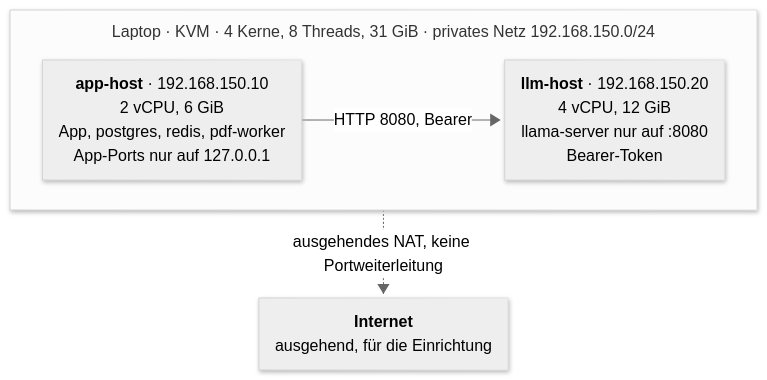
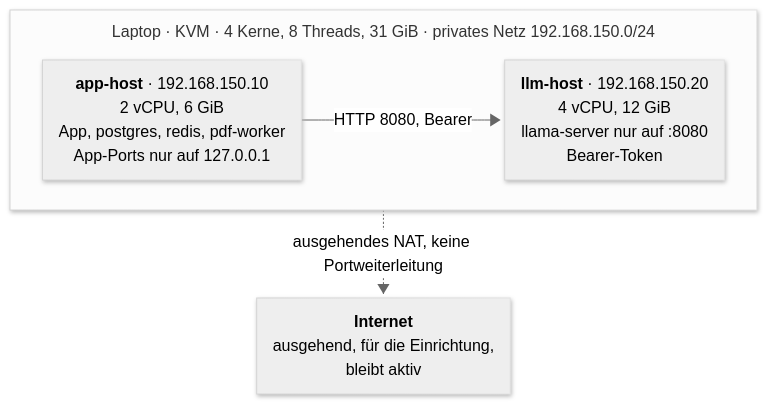
Before and after one commit to NiklasSkulll/arsnova.eu: the diagram in docs/referat-thema-1/diagrams/1b-topologie.mmd, drawn with Mermaid (neutral theme). The commit also changed 6 other files, not shown here.

```diff
--- a/docs/referat-thema-1/diagrams/1b-topologie.mmd
+++ b/docs/referat-thema-1/diagrams/1b-topologie.mmd
@@ -1,37 +1,37 @@
 ---
 config:
   look: neo
   flowchart:
     curve: basis
     nodeSpacing: 40
     rankSpacing: 40
     padding: 10
     wrappingWidth: 320
     subGraphTitleMargin:
       top: 10
       bottom: 10
 ---
 flowchart TB
   subgraph LAP["Laptop · KVM · 4 Kerne, 8 Threads, 31 GiB · privates Netz 192.168.150.0/24"]
     app["`**app-host** · 192.168.150.10
     2 vCPU, 6 GiB
     App, postgres, redis, pdf-worker
     App-Ports nur auf 127.0.0.1`"]
     llm["`**llm-host** · 192.168.150.20
     4 vCPU, 12 GiB
     llama-server nur auf :8080
     Bearer-Token`"]
   end
   net["`**Internet**
-  ausgehend, für die Einrichtung`"]
+  ausgehend, für die Einrichtung,<br/>bleibt aktiv`"]
 
   app e1@-->|"HTTP 8080, Bearer"| llm
   LAP e2@-.->|"ausgehendes NAT, keine Portweiterleitung"| net
 
   class app app
   class llm runtime
   class net store
   class LAP legendGroup
   class e1 emph
   class e2 muted
 %% palette
```
